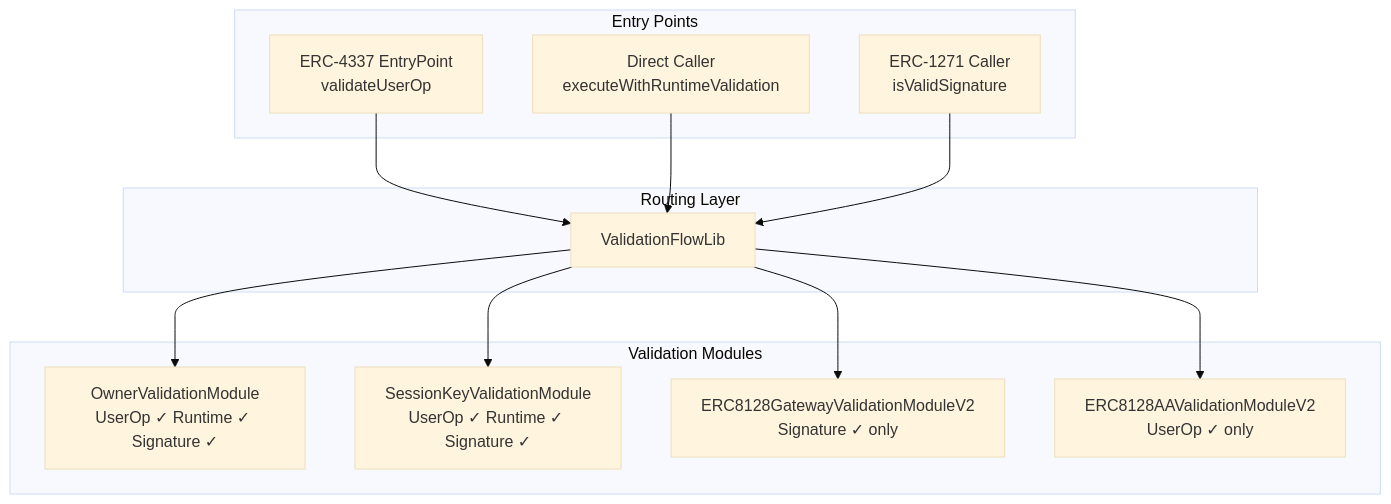
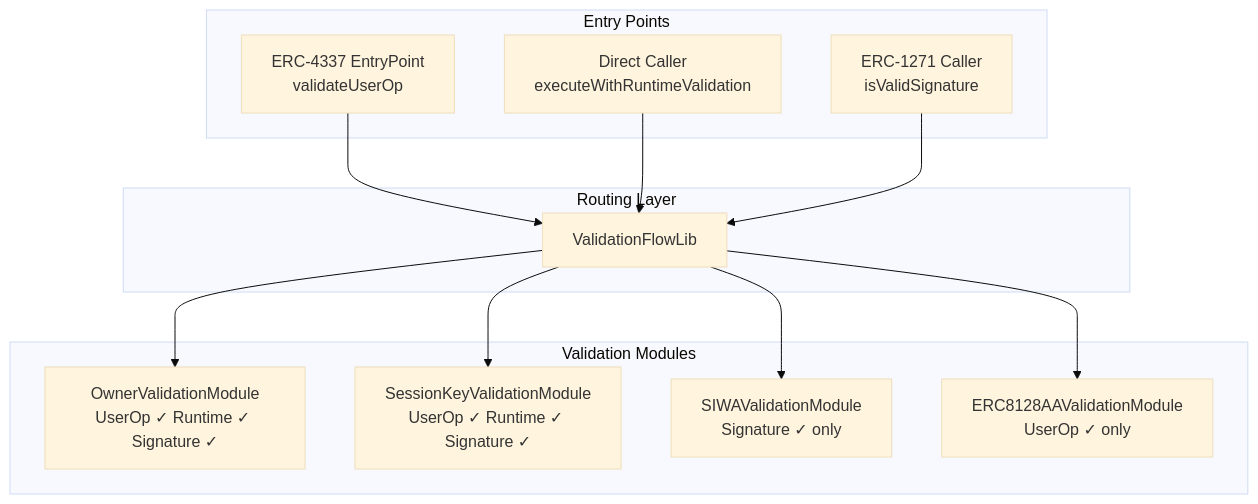
Before and after one commit to EqualFiLabs/agent-wallet-core: the ninth of 32 diagrams in docs/Agent-Wallet-Core-Architecture.md, drawn with Mermaid (base theme). The commit also changed other lines of this file and 16 other files, not shown here.

````diff
--- a/docs/Agent-Wallet-Core-Architecture.md
+++ b/docs/Agent-Wallet-Core-Architecture.md
@@ -488,27 +492,27 @@
 ```mermaid
 graph TB
     subgraph "Entry Points"
         EP["ERC-4337 EntryPoint<br/>validateUserOp"]
         Direct["Direct Caller<br/>executeWithRuntimeValidation"]
         ERC1271["ERC-1271 Caller<br/>isValidSignature"]
     end
 
     subgraph "Routing Layer"
         VFL["ValidationFlowLib"]
     end
 
     subgraph "Validation Modules"
         Owner["OwnerValidationModule<br/>UserOp ✓ Runtime ✓ Signature ✓"]
         Session["SessionKeyValidationModule<br/>UserOp ✓ Runtime ✓ Signature ✓"]
-        Gateway["ERC8128GatewayValidationModuleV2<br/>Signature ✓ only"]
-        AA["ERC8128AAValidationModuleV2<br/>UserOp ✓ only"]
+        Gateway["SIWAValidationModule<br/>Signature ✓ only"]
+        AA["ERC8128AAValidationModule<br/>UserOp ✓ only"]
     end
 
     EP --> VFL
     Direct --> VFL
     ERC1271 --> VFL
     VFL --> Owner
     VFL --> Session
     VFL --> Gateway
     VFL --> AA
 ```
````
